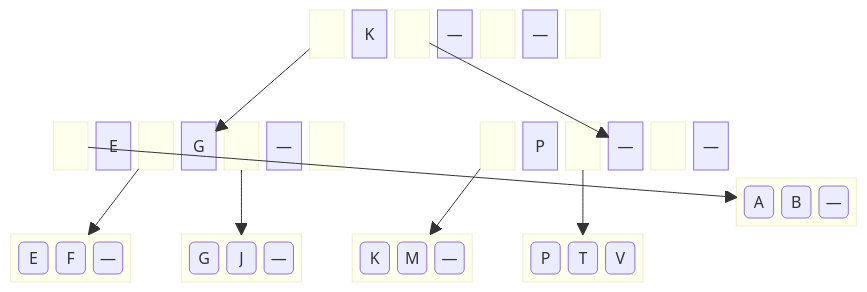
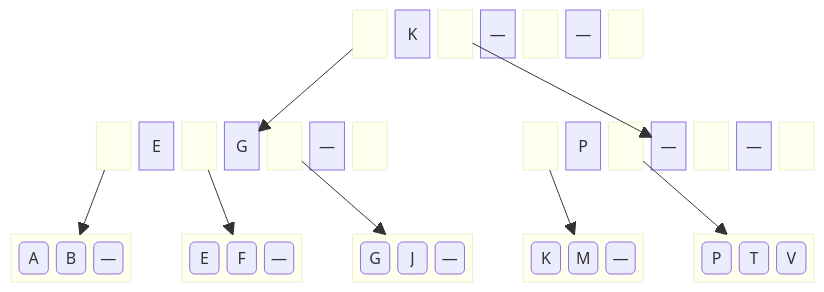
Before and after one commit to BenhurUFSM/pod26b: the sixth of 7 diagrams in Assuntos/busca-ext.md, drawn with Mermaid.

````diff
--- a/Assuntos/busca-ext.md
+++ b/Assuntos/busca-ext.md
@@ -70,29 +70,29 @@
 ```mermaid
 block
   columns 19
   space:8
   block:rl1 space end ra["K"] block:rl2 space end rb["—"] block:rl3 space end rc["—"] block:rl4 space end
   space:4
   space:19
 
   space:2
-  block:i1l1 space end i1a["E"] block:i1l2 space end i1b["G"] block:i1l3 space end i1c["—"] block:i2l4 space end
+  block:i1l1 space end i1a["E"] block:i1l2 space end i1b["G"] block:i1l3 space end i1c["—"] block:i1l4 space end
   space:2
   space
   block:i2l1 space end i2a["P"] block:i2l2 space end i2b["—"] block:i2l3 space end i2c["—"] block:i2l4 space end
   space:19
 
   block:f1:3 f1a("A") f1b("B") f1c("—") end space
   block:f5:3 f5a("E") f5b("F") f5c("—") end space
   block:f3:3 f3a("G") f3b("J") f3c("—") end space
   block:f4:3 f4a("K") f4b("M") f4c("—") end space
   block:f2:3 f2a("P") f2b("T") f2c("V") end
 
   rl1-->i1b
   rl2-->i2b
   i1l1-->f1
   i1l2-->f5
   i1l3-->f3
   i2l1-->f4
   i2l2-->f2
 ```
````
